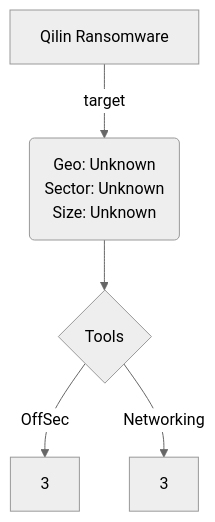
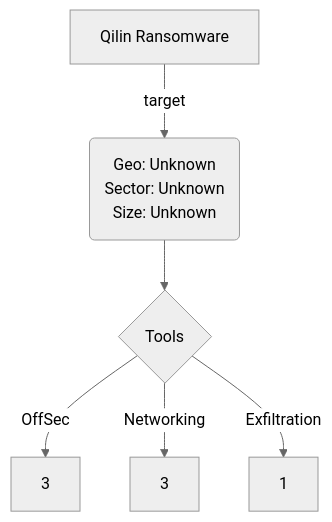
The diagram in CommunityReports/CR-013-Qilin-June-2022.md (BushidoUK/Ransomware-Tool-Matrix), drawn with Mermaid (neutral theme) before and after one commit.

````diff
--- a/CommunityReports/CR-013-Qilin-June-2022.md
+++ b/CommunityReports/CR-013-Qilin-June-2022.md
@@ -50,9 +50,10 @@
 ```mermaid
 flowchart TD;
     A[Qilin Ransomware] -->|target| B(Geo: Unknown
 Sector: Unknown
 Size: Unknown);
     B --> C{Tools};
     C -->|OffSec| H[3];
     C -->|Networking| I[3];
+    C -->|Exfiltration| J[1];
 ```
````
